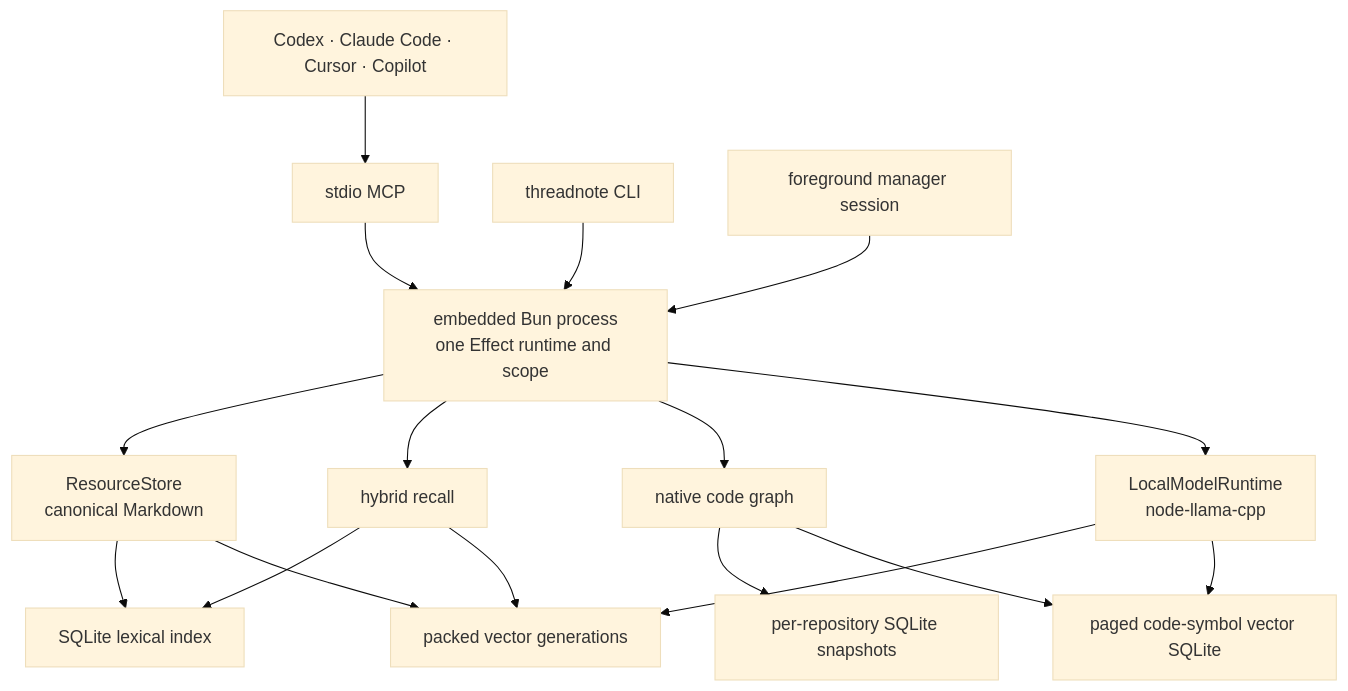
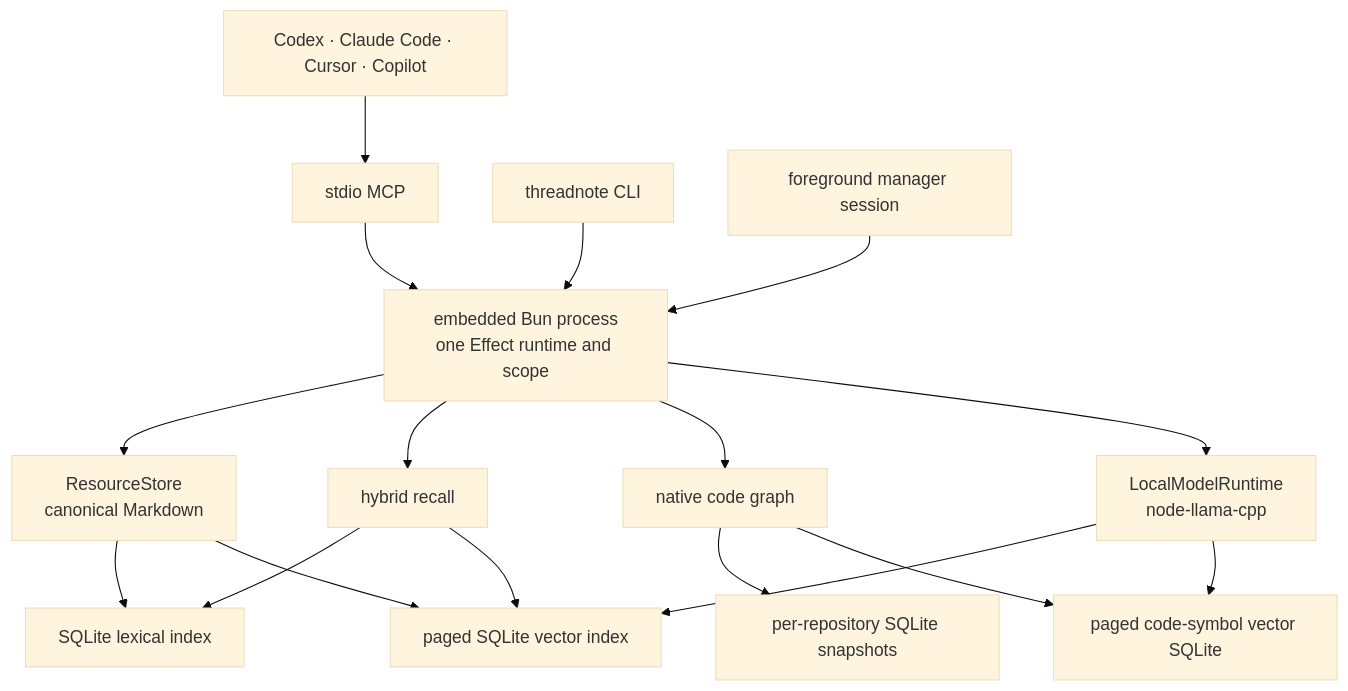
One commit to Kashkovsky/threadnote changed the diagram in docs/architecture.md. Above: the diagram before and after it, drawn with Mermaid (base theme). The commit also changed other lines of this file and 72 other files, not shown here.

````diff
--- a/docs/architecture.md
+++ b/docs/architecture.md
@@ -20,19 +20,19 @@
 ```mermaid
 flowchart TD
     Agents["Codex · Claude Code · Cursor · Copilot"] --> MCP["stdio MCP"]
     CLI["threadnote CLI"] --> Runtime["embedded Bun process<br/>one Effect runtime and scope"]
     MCP --> Runtime
     Manager["foreground manager session"] --> Runtime
     Runtime --> Store["ResourceStore<br/>canonical Markdown"]
     Runtime --> Recall["hybrid recall"]
     Runtime --> CodeGraph["native code graph"]
     Runtime --> Models["LocalModelRuntime<br/>node-llama-cpp"]
     Recall --> Lexical["SQLite lexical index"]
-    Recall --> Vectors["packed vector generations"]
+    Recall --> Vectors["paged SQLite vector index"]
     Models --> Vectors
     CodeGraph --> GraphSqlite["per-repository SQLite snapshots"]
     CodeGraph --> GraphVectors["paged code-symbol vector SQLite"]
     Models --> GraphVectors
     Store --> Lexical
     Store --> Vectors
 ```
````
